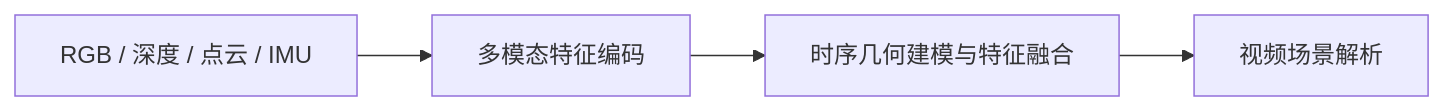
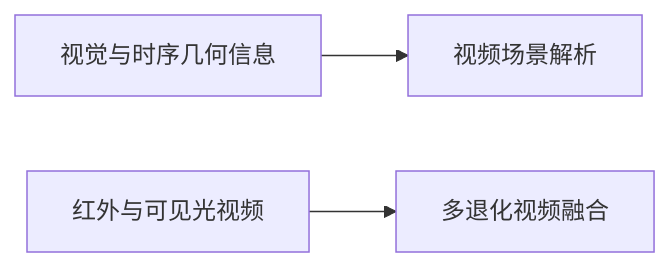
One commit to lezicaiczl/embodied-AI-research-summaries changed the diagram in README.md. Above: the diagram before and after it, drawn with Mermaid. The commit also changed other lines of this file and 3 other files, not shown here.

````diff
--- a/README.md
+++ b/README.md
@@ -51,6 +51,5 @@
 ```mermaid
 flowchart LR
-  A[RGB / 深度 / 点云 / IMU] --> B[多模态特征编码]
-  B --> C[时序几何建模与特征融合]
-  C --> D[视频场景解析]
+  A[视觉与时序几何信息] --> B[视频场景解析]
+  C[红外与可见光视频] --> D[多退化视频融合]
 ```
````
